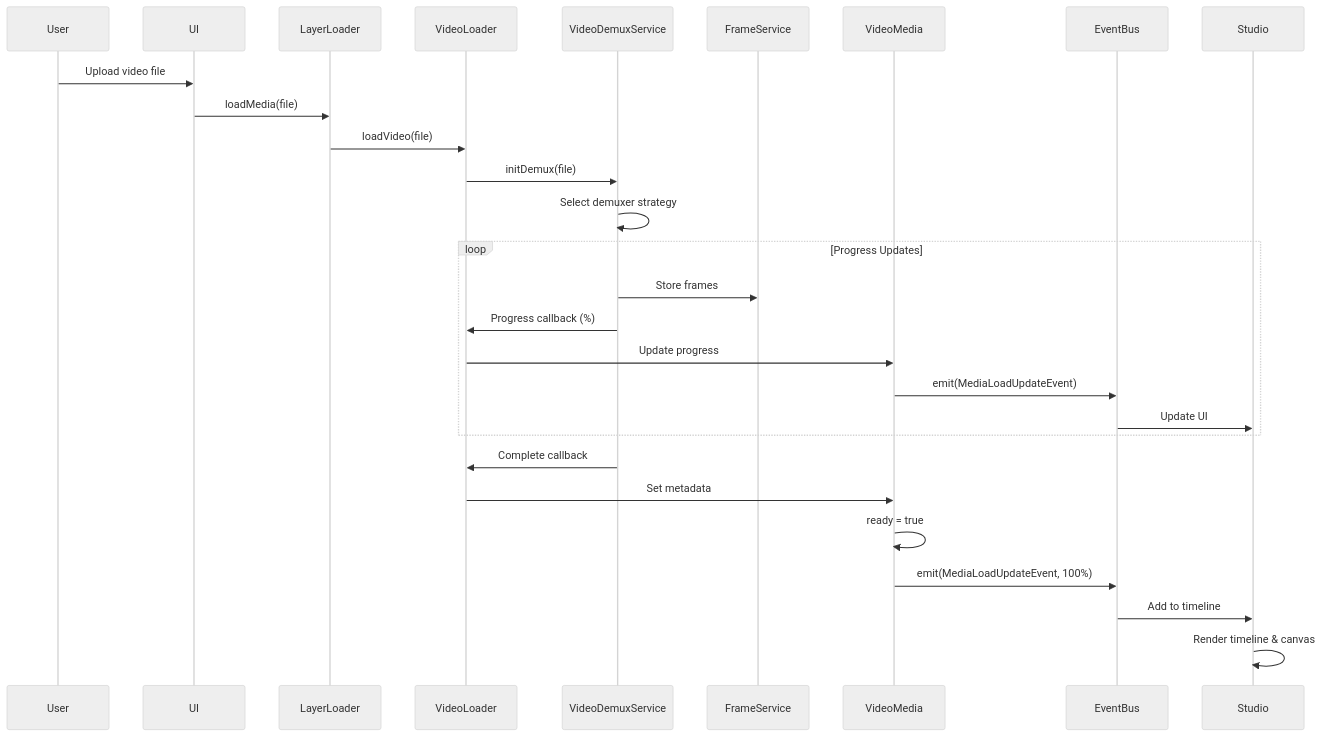
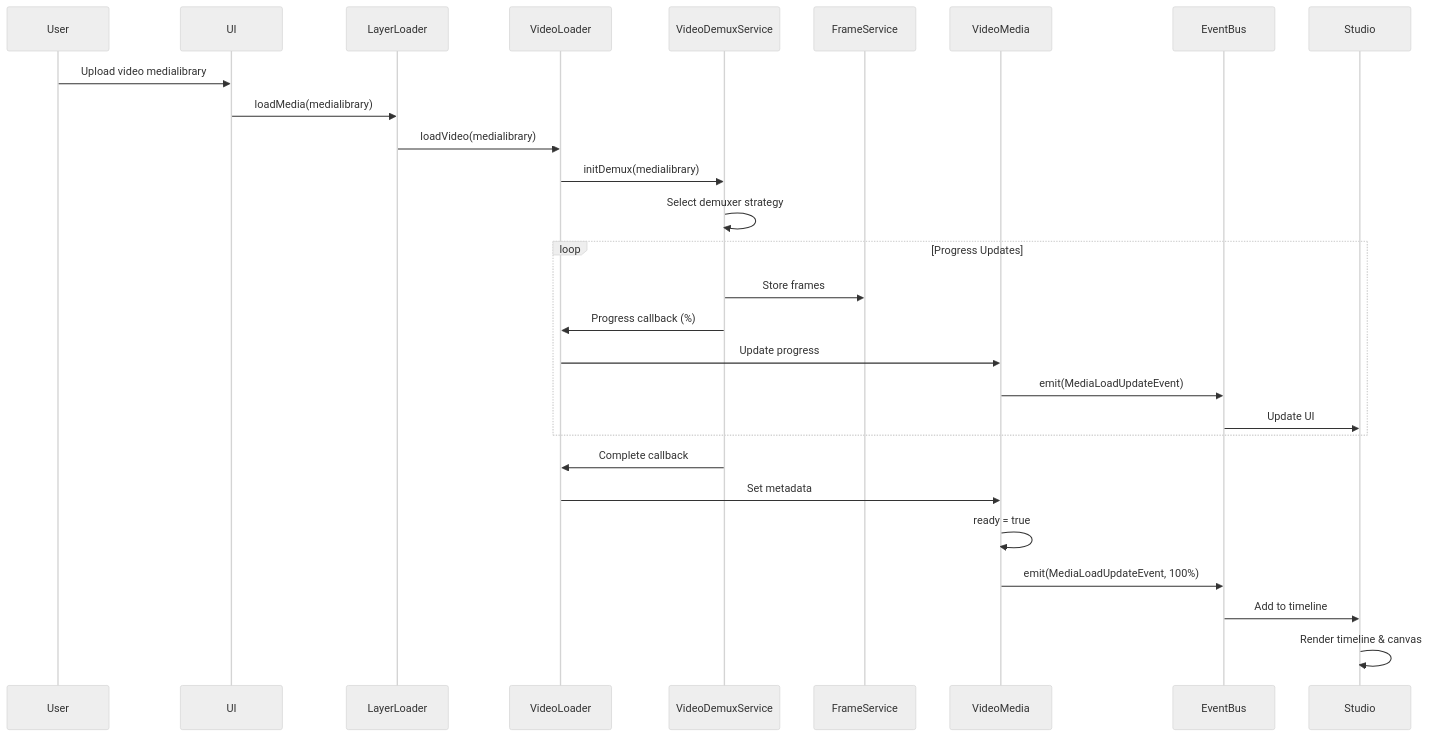
The second of 13 diagrams in docs/architecture/07-data-flow.md (apssouza22/web-video-edit), drawn with Mermaid (neutral theme) before and after one commit. The commit also changed 17 other files, not shown here.

````diff
--- a/docs/architecture/07-data-flow.md
+++ b/docs/architecture/07-data-flow.md
@@ -92,35 +92,35 @@
 ```mermaid
 sequenceDiagram
     participant User
     participant UI
     participant Loader as LayerLoader
     participant VideoLoader
     participant Demux as VideoDemuxService
     participant FrameSvc as FrameService
     participant Layer as VideoMedia
     participant EventBus
     participant Studio
 
-    User->>UI: Upload video file
-    UI->>Loader: loadMedia(file)
+    User->>UI: Upload video medialibrary
+    UI->>Loader: loadMedia(medialibrary)
     
-    Loader->>VideoLoader: loadVideo(file)
-    VideoLoader->>Demux: initDemux(file)
+    Loader->>VideoLoader: loadVideo(medialibrary)
+    VideoLoader->>Demux: initDemux(medialibrary)
     
     Demux->>Demux: Select demuxer strategy
     
     loop Progress Updates
         Demux->>FrameSvc: Store frames
         Demux->>VideoLoader: Progress callback (%)
         VideoLoader->>Layer: Update progress
         Layer->>EventBus: emit(MediaLoadUpdateEvent)
         EventBus->>Studio: Update UI
     end
     
     Demux->>VideoLoader: Complete callback
     VideoLoader->>Layer: Set metadata
     Layer->>Layer: ready = true
     Layer->>EventBus: emit(MediaLoadUpdateEvent, 100%)
     EventBus->>Studio: Add to timeline
     Studio->>Studio: Render timeline & canvas
 ```
````
